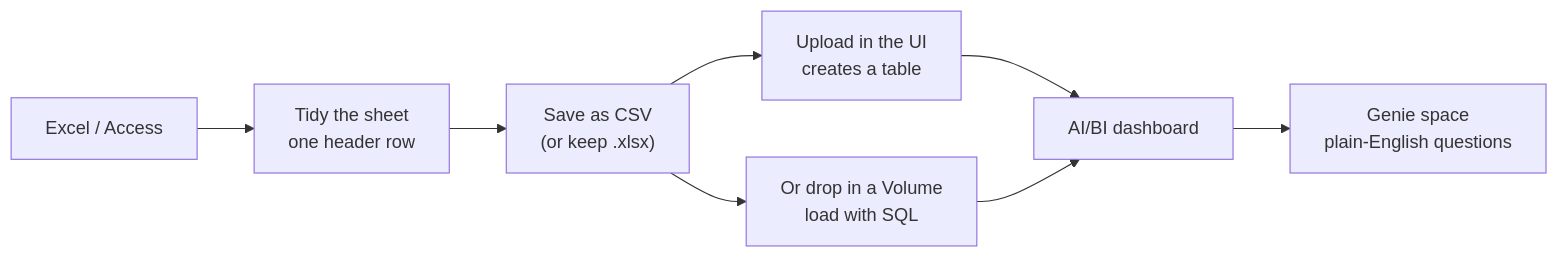
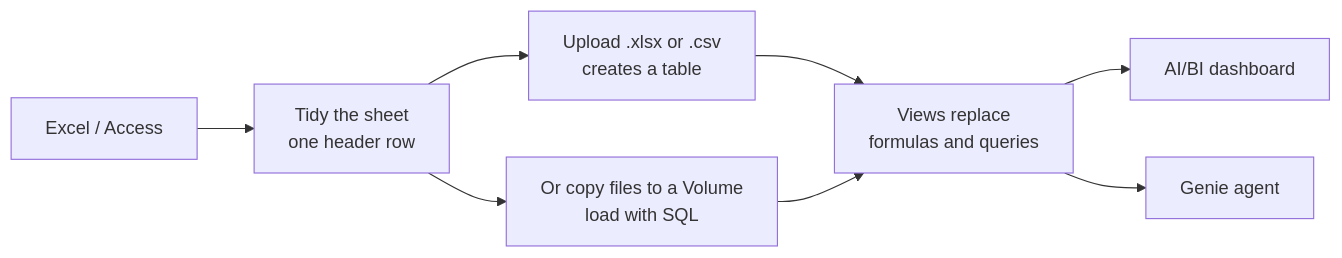
The diagram in 15_migrating_to_databricks/Migrating from Excel and Access.md (kidskoding/databricks-wiki), drawn with Mermaid before and after one commit. The commit also changed other lines of this file and 14 other files, not shown here.

````diff
--- a/15_migrating_to_databricks/Migrating from Excel and Access.md
+++ b/15_migrating_to_databricks/Migrating from Excel and Access.md
@@ -100,10 +100,10 @@
 ```mermaid
 flowchart LR
   A["Excel / Access"] --> B["Tidy the sheet<br/>one header row"]
-  B --> C["Save as CSV<br/>(or keep .xlsx)"]
-  C --> D["Upload in the UI<br/>creates a table"]
-  C --> E["Or drop in a Volume<br/>load with SQL"]
-  D --> F["AI/BI dashboard"]
-  E --> F
-  F --> G["Genie space<br/>plain-English questions"]
+  B --> C["Upload .xlsx or .csv<br/>creates a table"]
+  B --> D["Or copy files to a Volume<br/>load with SQL"]
+  C --> E["Views replace<br/>formulas and queries"]
+  D --> E
+  E --> F["AI/BI dashboard"]
+  E --> G["Genie agent"]
 ```
````
